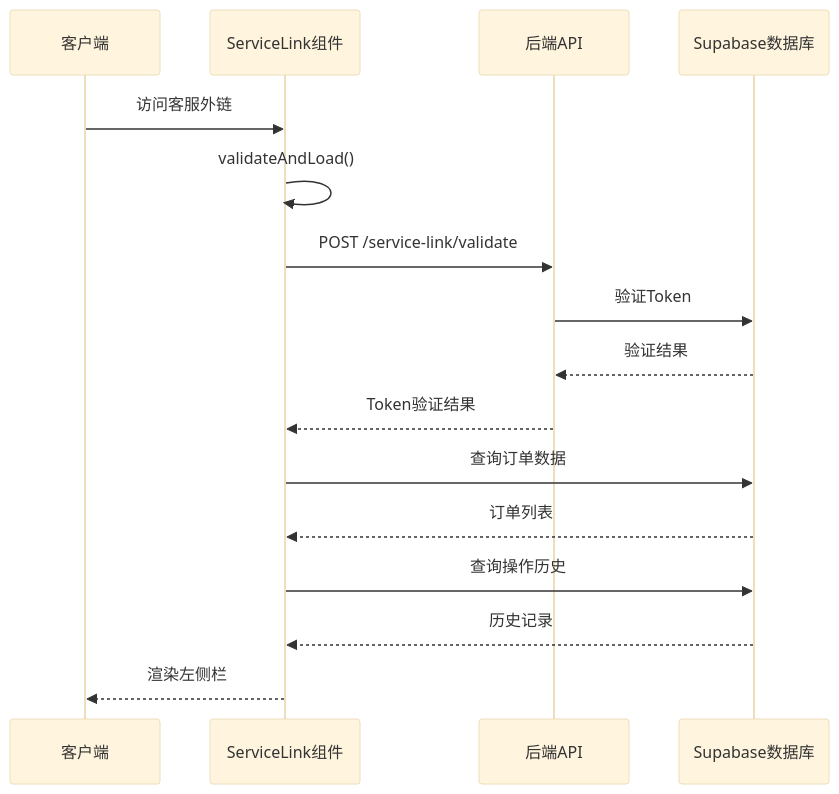
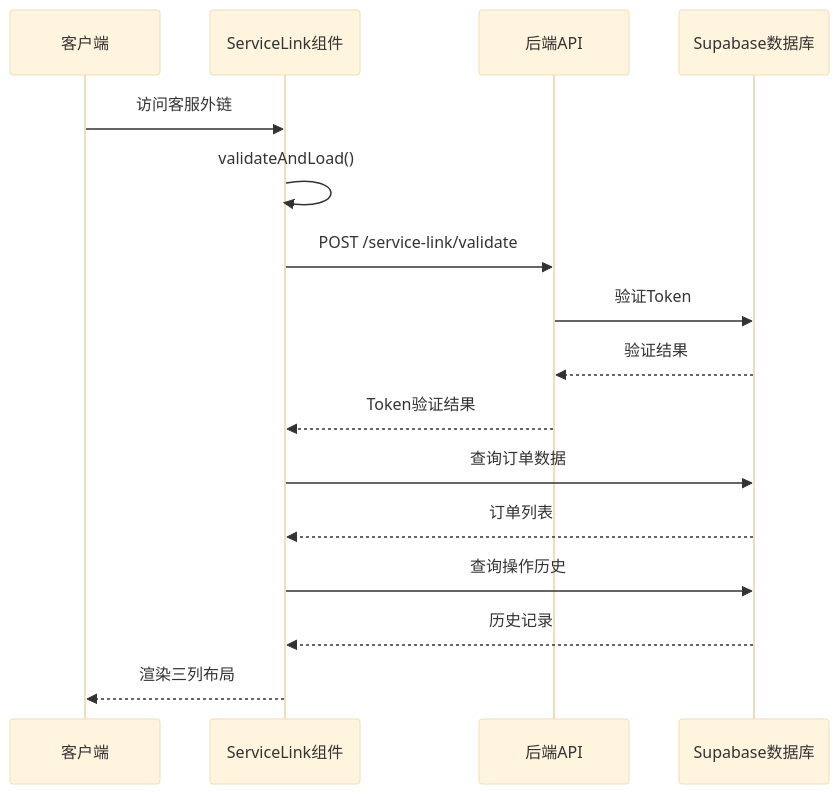
One commit to SY6621/POD-Order-Management changed diagram 14 of 18 in .qoder/repowiki/zh/content/开发指南/客服外链左侧栏模板.md. Above: the diagram before and after it, drawn with Mermaid (base theme). The commit also changed other lines of this file and 7 other files, not shown here.

````diff
--- a/.qoder/repowiki/zh/content/开发指南/客服外链左侧栏模板.md
+++ b/.qoder/repowiki/zh/content/开发指南/客服外链左侧栏模板.md
@@ -308,18 +494,18 @@
 ```mermaid
 sequenceDiagram
 participant Client as 客户端
 participant Service as ServiceLink组件
 participant API as 后端API
 participant Supabase as Supabase数据库
 Client->>Service : 访问客服外链
 Service->>Service : validateAndLoad()
 Service->>API : POST /service-link/validate
 API->>Supabase : 验证Token
 Supabase-->>API : 验证结果
 API-->>Service : Token验证结果
 Service->>Supabase : 查询订单数据
 Supabase-->>Service : 订单列表
 Service->>Supabase : 查询操作历史
 Supabase-->>Service : 历史记录
-Service-->>Client : 渲染左侧栏
+Service-->>Client : 渲染三列布局
 ```
````
